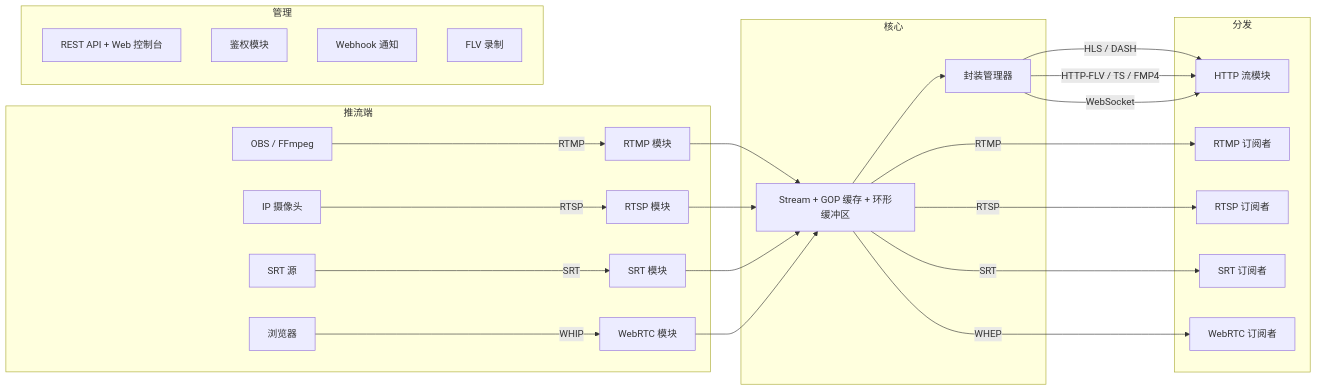
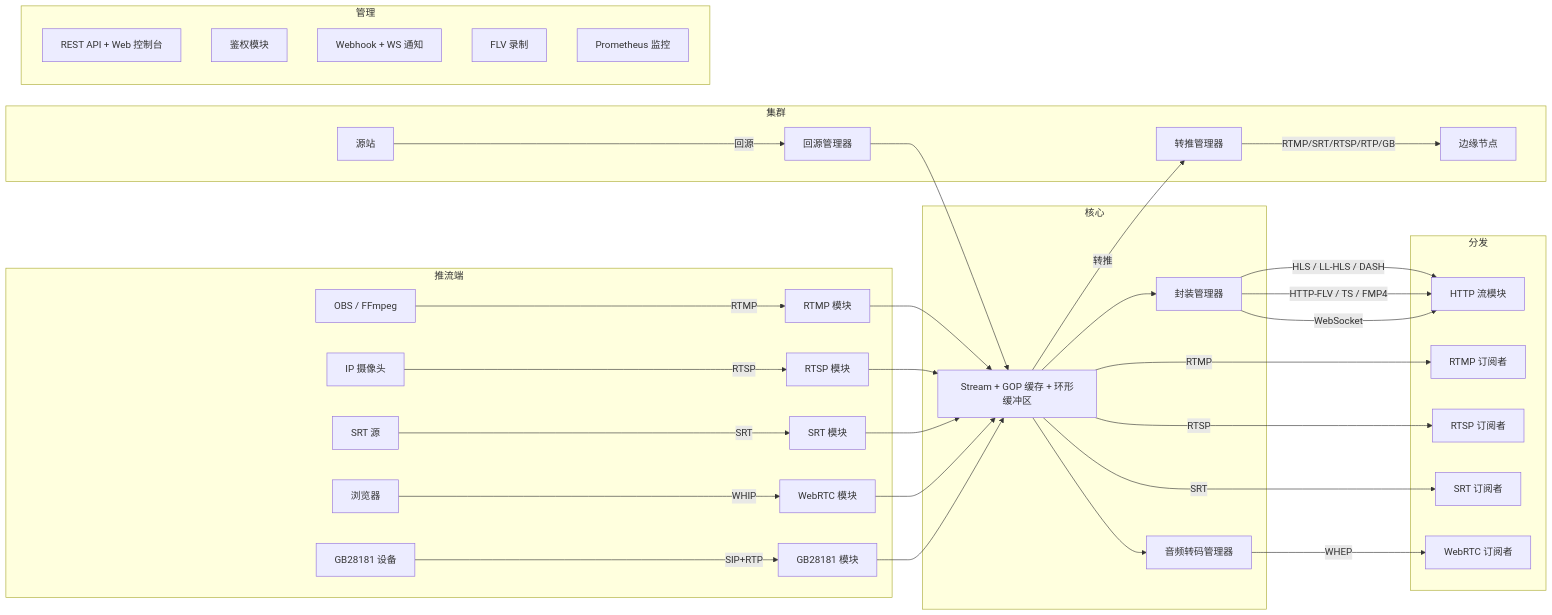
One commit to im-pingo/liveforge changed the diagram in README.zh-CN.md. Above: the diagram before and after it, drawn with Mermaid. The commit also changed other lines of this file and 1 other file, not shown here.

First line of the commit message:
docs: update README with audio transcoding, GB28181, cluster, LL-HLS, and testing tools

````diff
--- a/README.zh-CN.md
+++ b/README.zh-CN.md
@@ -44,34 +135,45 @@
 ```mermaid
 graph LR
     subgraph 推流端
         OBS[OBS / FFmpeg] -->|RTMP| RTMP_MOD[RTMP 模块]
         CAM[IP 摄像头] -->|RTSP| RTSP_MOD[RTSP 模块]
         SRT_PUB[SRT 源] -->|SRT| SRT_MOD[SRT 模块]
         BROWSER_PUB[浏览器] -->|WHIP| WEBRTC_MOD[WebRTC 模块]
+        GB_DEV[GB28181 设备] -->|SIP+RTP| GB_MOD[GB28181 模块]
     end
 
     subgraph 核心
         RTMP_MOD --> STREAM[Stream + GOP 缓存 + 环形缓冲区]
         RTSP_MOD --> STREAM
         SRT_MOD --> STREAM
         WEBRTC_MOD --> STREAM
+        GB_MOD --> STREAM
+        STREAM --> TRANSCODE[音频转码管理器]
         STREAM --> MUXER[封装管理器]
     end
 
     subgraph 分发
-        MUXER -->|HLS / DASH| HTTP_MOD[HTTP 流模块]
+        MUXER -->|HLS / LL-HLS / DASH| HTTP_MOD[HTTP 流模块]
         MUXER -->|HTTP-FLV / TS / FMP4| HTTP_MOD
         MUXER -->|WebSocket| HTTP_MOD
         STREAM -->|RTMP| RTMP_SUB[RTMP 订阅者]
         STREAM -->|RTSP| RTSP_SUB[RTSP 订阅者]
         STREAM -->|SRT| SRT_SUB[SRT 订阅者]
-        STREAM -->|WHEP| WEBRTC_SUB[WebRTC 订阅者]
+        TRANSCODE -->|WHEP| WEBRTC_SUB[WebRTC 订阅者]
+    end
+
+    subgraph 集群
+        STREAM -->|转推| FWD[转推管理器]
+        FWD -->|RTMP/SRT/RTSP/RTP/GB| EDGE[边缘节点]
+        ORIGIN[源站] -->|回源| OPL[回源管理器]
+        OPL --> STREAM
     end
 
     subgraph 管理
         API[REST API + Web 控制台]
         AUTH[鉴权模块]
-        NOTIFY[Webhook 通知]
+        NOTIFY[Webhook + WS 通知]
         RECORD[FLV 录制]
+        METRICS[Prometheus 监控]
     end
 ```
````
